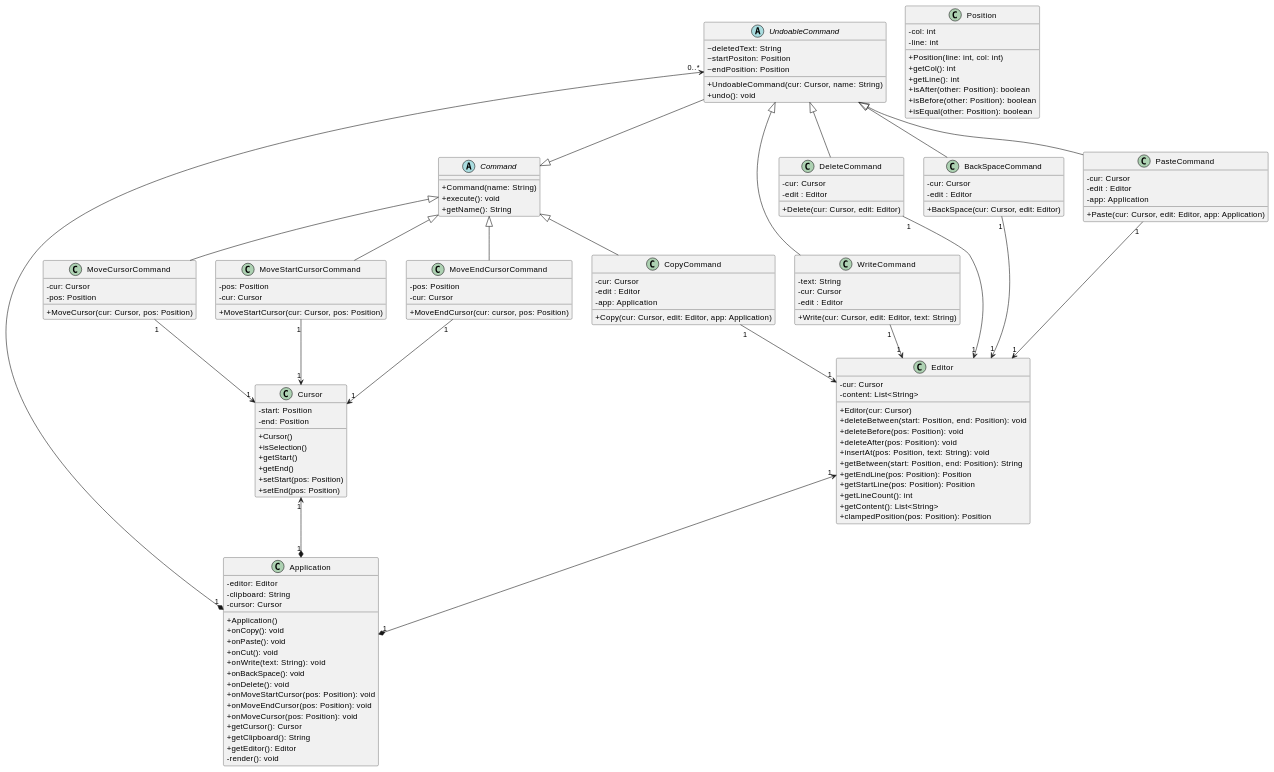
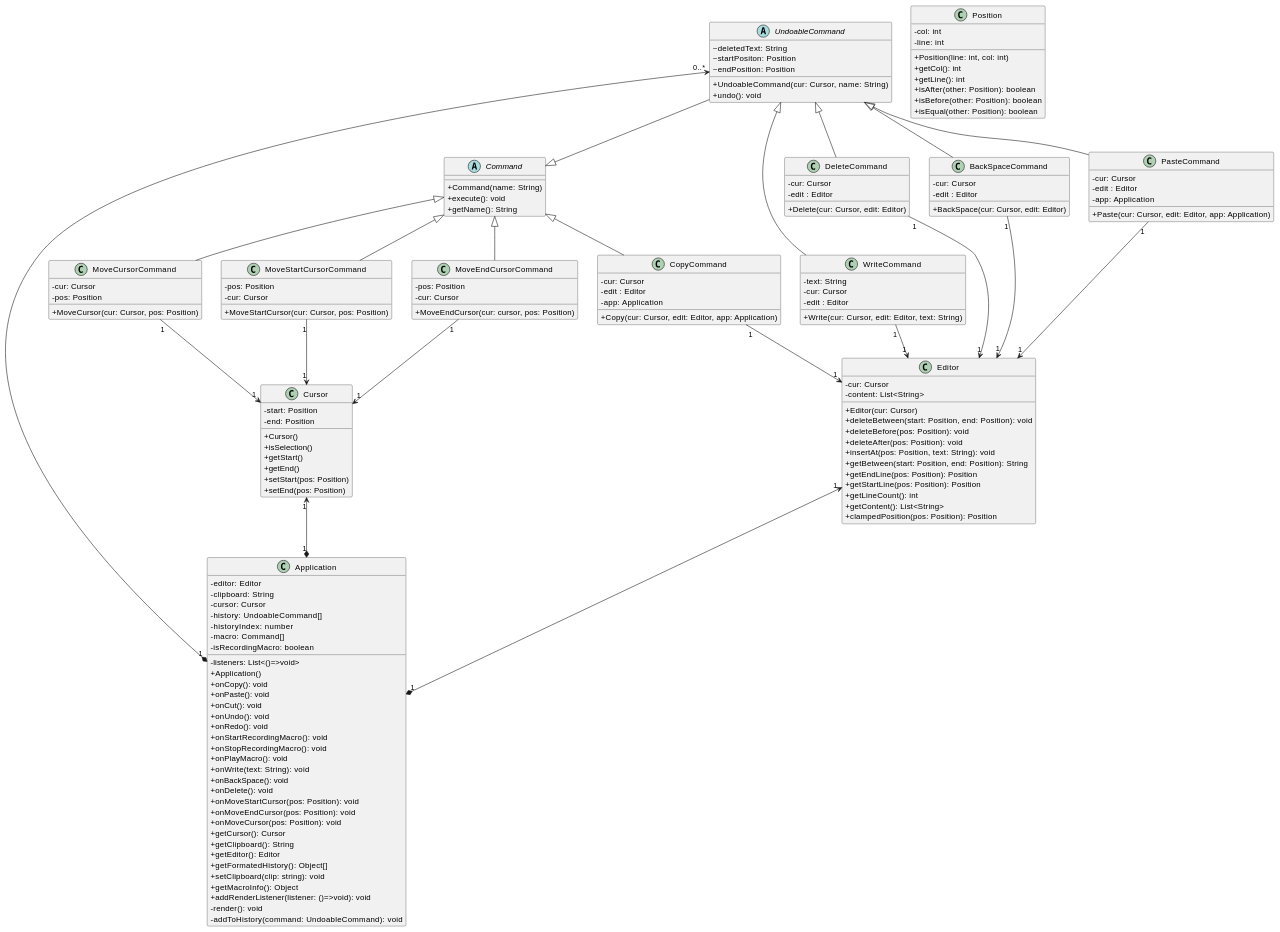
Before and after one commit to CodyAdam/another-useless-text-editor: the fourth of 6 diagrams in README.md, drawn with PlantUML.

Commit message:
class diagramm 2 Application update

```diff
--- a/README.md
+++ b/README.md
@@ -398,10 +398,20 @@
         -editor: Editor
         -clipboard: String
         -cursor: Cursor
+        -listeners: List<()=>void>
+        -history: UndoableCommand[]
+        -historyIndex: number
+        -macro: Command[]
+        -isRecordingMacro: boolean
         +Application()
         +onCopy(): void
         +onPaste(): void
         +onCut(): void
+        +onUndo(): void
+        +onRedo(): void
+        +onStartRecordingMacro(): void
+        +onStopRecordingMacro(): void
+        +onPlayMacro(): void
         +onWrite(text: String): void
         +onBackSpace(): void
         +onDelete(): void
@@ -411,7 +421,12 @@
         +getCursor(): Cursor
         +getClipboard(): String
         +getEditor(): Editor
+        +getFormatedHistory(): Object[]
+        +setClipboard(clip: string): void
+        +getMacroInfo(): Object
+        +addRenderListener(listener: ()=>void): void
         -render(): void
+        -addToHistory(command: UndoableCommand): void
     }
 
     class Editor {
```
